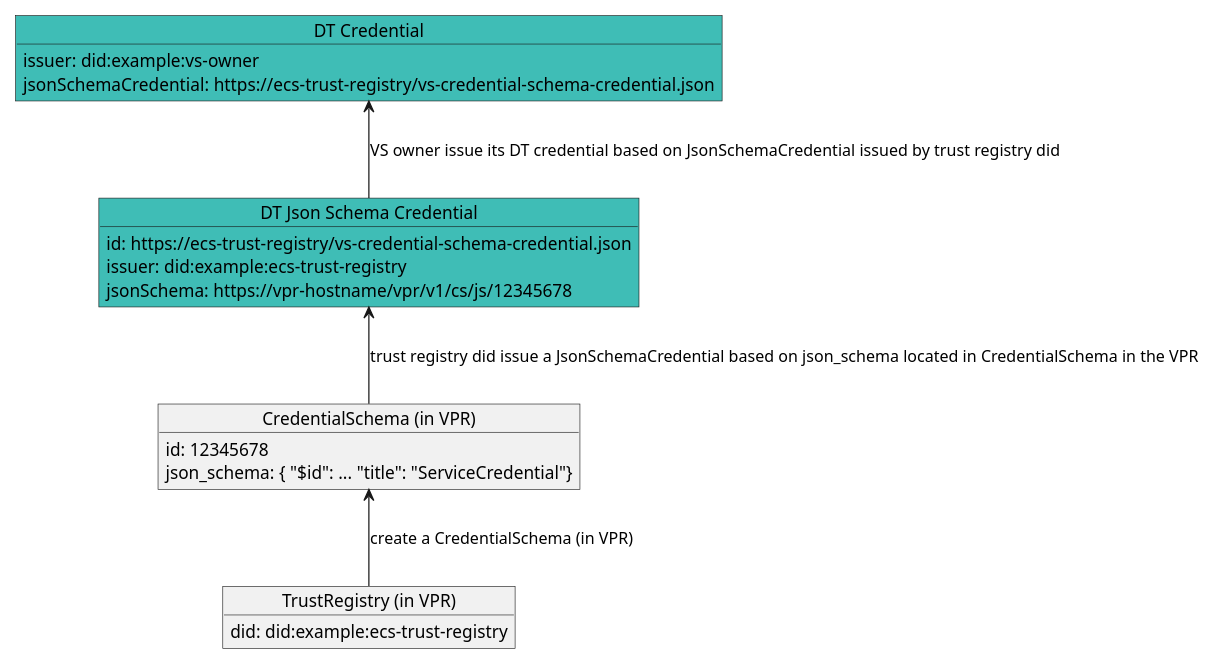
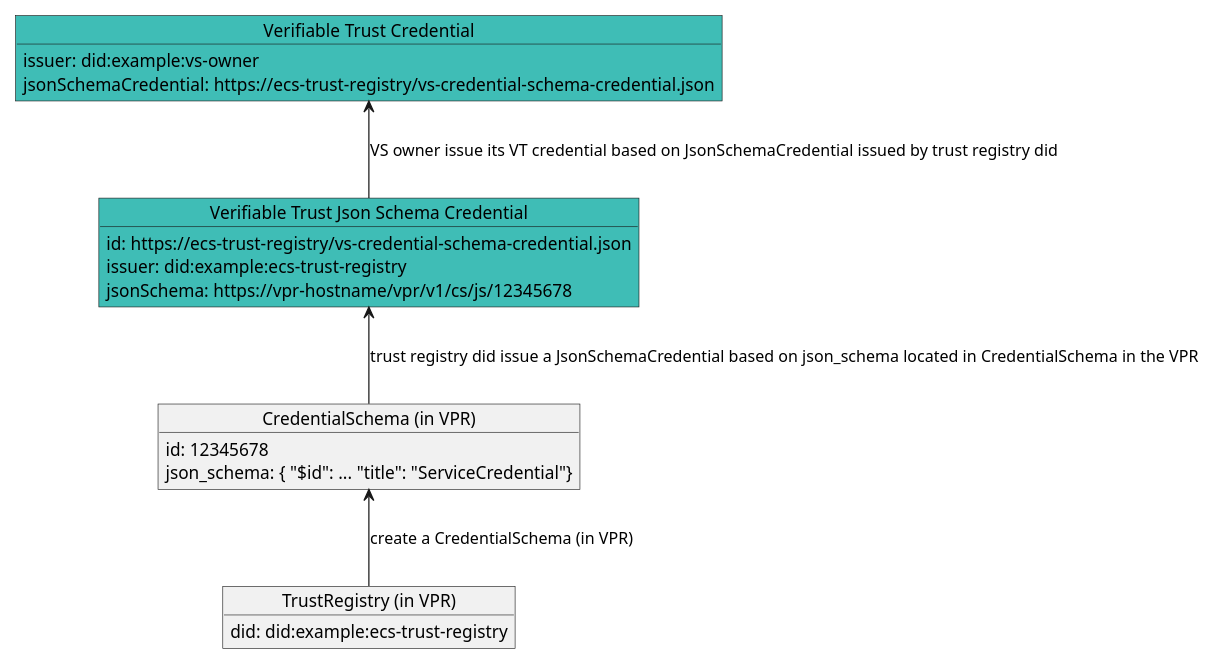
One commit to verana-labs/verifiable-trust-spec changed the diagram in spec.md. Above: the diagram before and after it, drawn with PlantUML. The commit also changed other lines of this file and 1 other file, not shown here.

````diff
--- a/spec.md
+++ b/spec.md
@@ -633,29 +696,29 @@
 ```plantuml
 
 @startuml
 scale max 800 width
 object "TrustRegistry (in VPR)" as tr {
   did: did:example:ecs-trust-registry
 }
 object "CredentialSchema (in VPR)" as cs {
   id: 12345678
   json_schema: { "$id": ... "title": "ServiceCredential"}
 }
-object "DT Json Schema Credential" as jsc #3fbdb6 {
+object "Verifiable Trust Json Schema Credential" as jsc #3fbdb6 {
   id: https://ecs-trust-registry/vs-credential-schema-credential.json
   issuer: did:example:ecs-trust-registry
   jsonSchema: https://vpr-hostname/vpr/v1/cs/js/12345678
 }
 
-object "DT Credential" as vscred #3fbdb6 {
+object "Verifiable Trust Credential" as vscred #3fbdb6 {
   issuer: did:example:vs-owner
   jsonSchemaCredential: https://ecs-trust-registry/vs-credential-schema-credential.json
 }
 
 cs <-- tr : create a CredentialSchema (in VPR)
 jsc <-- cs : trust registry did issue a JsonSchemaCredential based on json_schema located in CredentialSchema in the VPR
-vscred <-- jsc: VS owner issue its DT credential based on JsonSchemaCredential issued by trust registry did
+vscred <-- jsc: VS owner issue its VT credential based on JsonSchemaCredential issued by trust registry did
 
 @enduml
 
 ```
````
